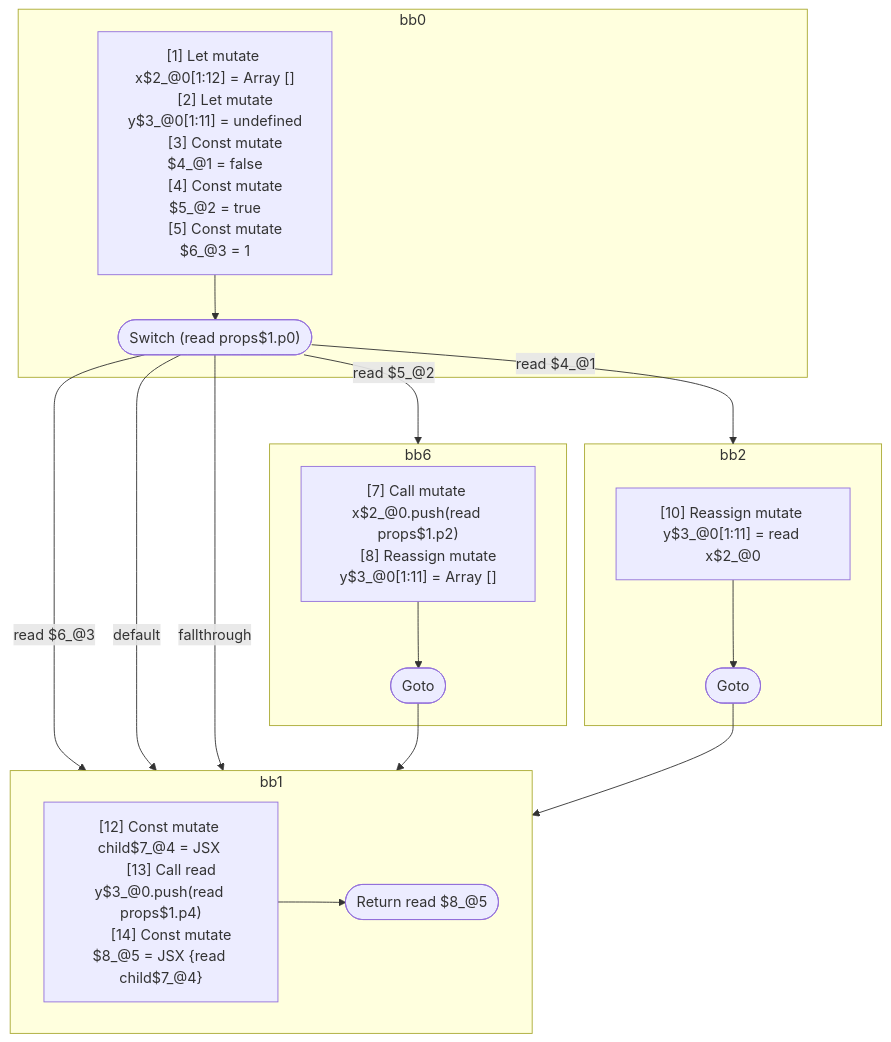
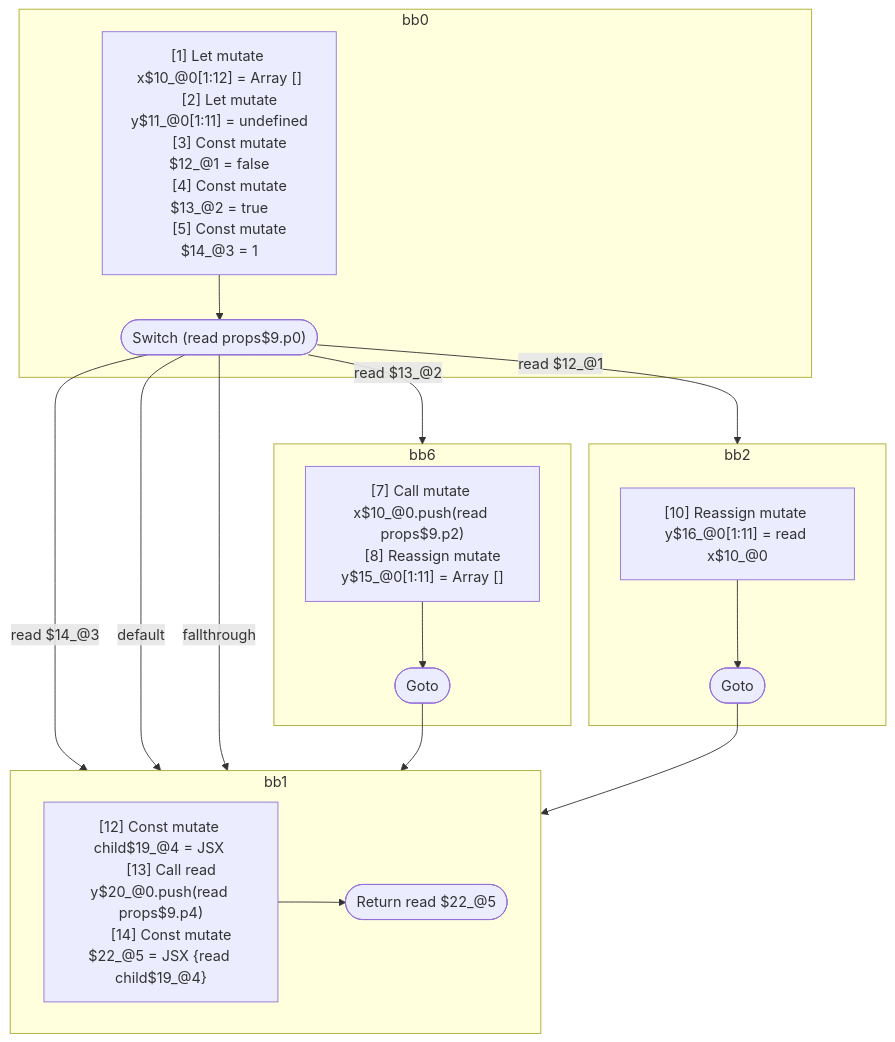
The diagram in compiler/forget/src/__tests__/fixtures/hir/switch-non-final-default.expect.md (wutsmog/private), drawn with Mermaid before and after one commit. The commit also changed other lines of this file and 59 other files, not shown here.

````diff
--- a/compiler/forget/src/__tests__/fixtures/hir/switch-non-final-default.expect.md
+++ b/compiler/forget/src/__tests__/fixtures/hir/switch-non-final-default.expect.md
@@ -64,45 +65,45 @@
 ```mermaid
 flowchart TB
   %% Basic Blocks
   subgraph bb0
     bb0_instrs["
-      [1] Let mutate x$2_@0[1:12] = Array []
-      [2] Let mutate y$3_@0[1:11] = undefined
-      [3] Const mutate $4_@1 = false
-      [4] Const mutate $5_@2 = true
-      [5] Const mutate $6_@3 = 1
+      [1] Let mutate x$10_@0[1:12] = Array []
+      [2] Let mutate y$11_@0[1:11] = undefined
+      [3] Const mutate $12_@1 = false
+      [4] Const mutate $13_@2 = true
+      [5] Const mutate $14_@3 = 1
     "]
-    bb0_instrs --> bb0_terminal(["Switch (read props$1.p0)"])
+    bb0_instrs --> bb0_terminal(["Switch (read props$9.p0)"])
   end
   subgraph bb6
     bb6_instrs["
-      [7] Call mutate x$2_@0.push(read props$1.p2)
-      [8] Reassign mutate y$3_@0[1:11] = Array []
+      [7] Call mutate x$10_@0.push(read props$9.p2)
+      [8] Reassign mutate y$15_@0[1:11] = Array []
     "]
     bb6_instrs --> bb6_terminal(["Goto"])
   end
   subgraph bb2
     bb2_instrs["
-      [10] Reassign mutate y$3_@0[1:11] = read x$2_@0
+      [10] Reassign mutate y$16_@0[1:11] = read x$10_@0
     "]
     bb2_instrs --> bb2_terminal(["Goto"])
   end
   subgraph bb1
     bb1_instrs["
-      [12] Const mutate child$7_@4 = JSX <read Component$0 data={freeze x$2_@0} ></read Component$0>
-      [13] Call read y$3_@0.push(read props$1.p4)
-      [14] Const mutate $8_@5 = JSX <read Component$0 data={freeze y$3_@0} >{read child$7_@4}</read Component$0>
+      [12] Const mutate child$19_@4 = JSX <read Component$0 data={freeze x$10_@0} ></read Component$0>
+      [13] Call read y$20_@0.push(read props$9.p4)
+      [14] Const mutate $22_@5 = JSX <read Component$0 data={freeze y$20_@0} >{read child$19_@4}</read Component$0>
     "]
-    bb1_instrs --> bb1_terminal(["Return read $8_@5"])
+    bb1_instrs --> bb1_terminal(["Return read $22_@5"])
   end
 
   %% Jumps
-  bb0_terminal -- "read $6_@3" --> bb1
-  bb0_terminal -- "read $5_@2" --> bb6
+  bb0_terminal -- "read $14_@3" --> bb1
+  bb0_terminal -- "read $13_@2" --> bb6
   bb0_terminal -- "default" --> bb1
-  bb0_terminal -- "read $4_@1" --> bb2
+  bb0_terminal -- "read $12_@1" --> bb2
   bb0_terminal -- "fallthrough" --> bb1
   bb6_terminal --> bb1
   bb2_terminal --> bb1
 
 ```
````
